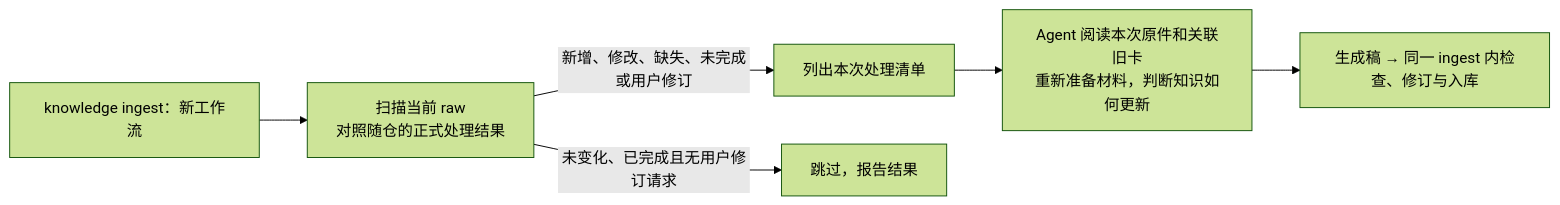
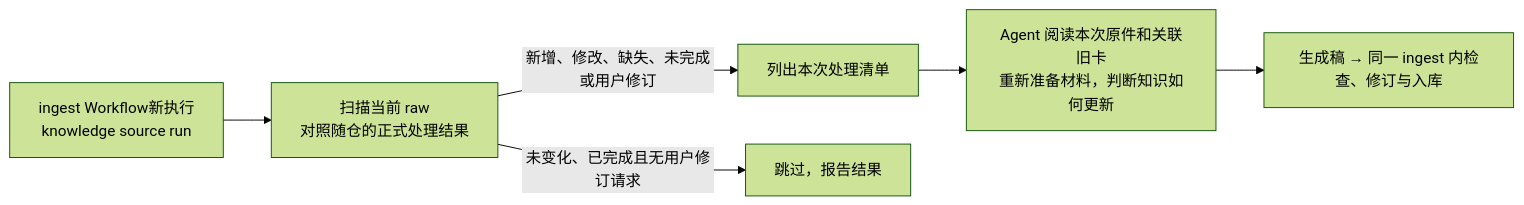
One commit to Robin-hhc/FactumCore changed the third of 27 diagrams in himate-knowledge-wifi-mp/docs-llm-wiki/知识库详细设计.md. Above: the diagram before and after it, drawn with Mermaid (forest theme). The commit also changed other lines of this file and 171 other files, not shown here.

````diff
--- a/himate-knowledge-wifi-mp/docs-llm-wiki/知识库详细设计.md
+++ b/himate-knowledge-wifi-mp/docs-llm-wiki/知识库详细设计.md
@@ -82,8 +83,8 @@
 ```mermaid
 flowchart LR
-    CMD["knowledge ingest：新工作流"] --> COMPARE["扫描当前 raw<br/>对照随仓的正式处理结果"]
+    CMD["ingest Workflow新执行<br/>knowledge source run"] --> COMPARE["扫描当前 raw<br/>对照随仓的正式处理结果"]
     COMPARE -->|"新增、修改、缺失、未完成或用户修订"| WORK["列出本次处理清单"]
     COMPARE -->|"未变化、已完成且无用户修订请求"| SKIP["跳过，报告结果"]
     WORK --> AGENT["Agent 阅读本次原件和关联旧卡<br/>重新准备材料，判断知识如何更新"]
     AGENT --> DRAFT["生成稿 → 同一 ingest 内检查、修订与入库"]
 ```
````
